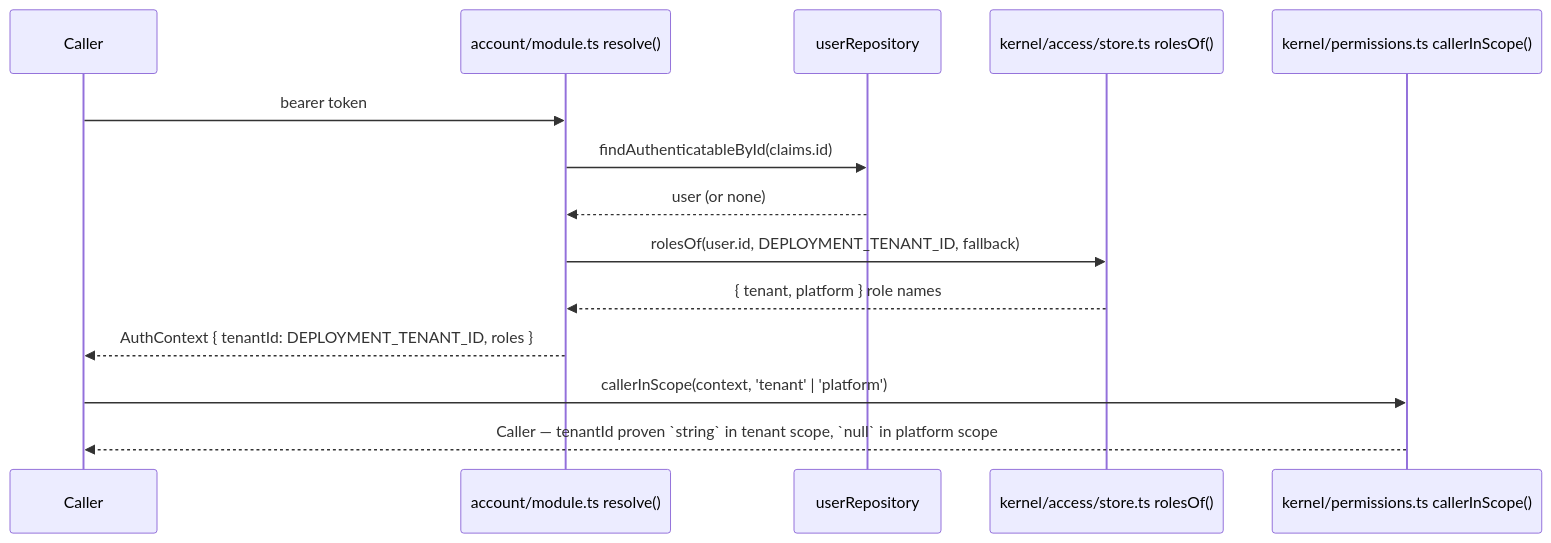
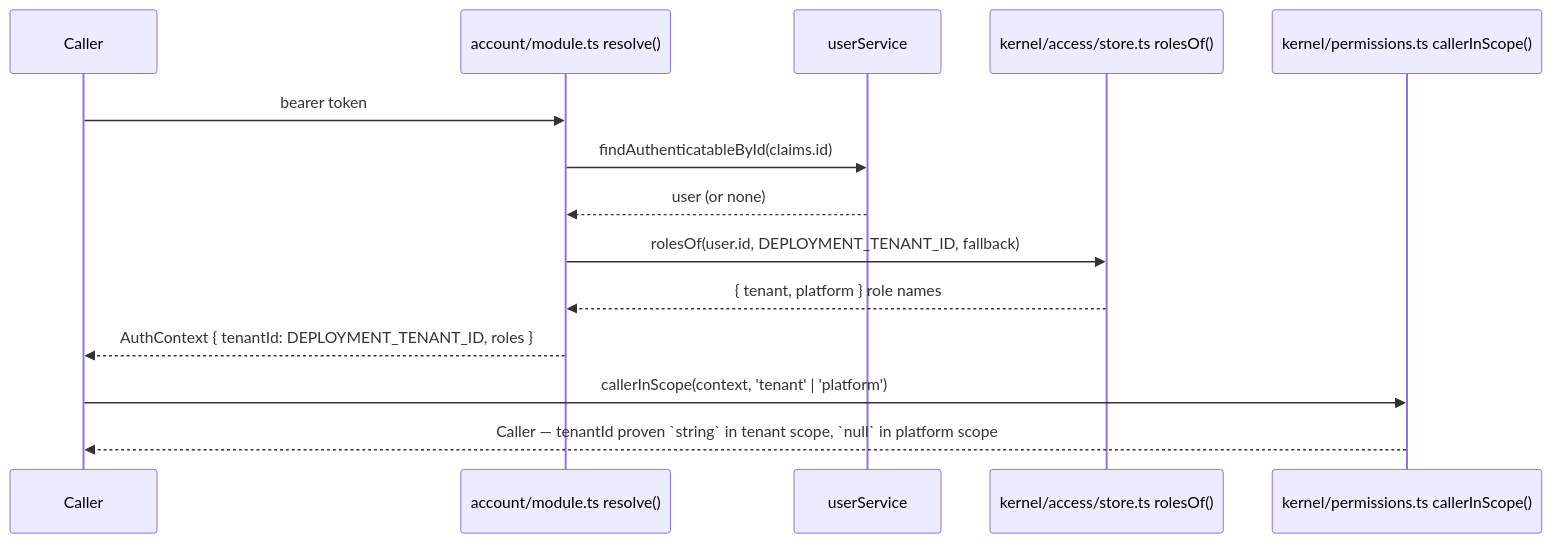
One commit to Guebbit/boilerplate-node-backend changed the third of 3 diagrams in docs/theory/tenancy.md. Above: the diagram before and after it, drawn with Mermaid. The commit also changed 16 other files, not shown here.

````diff
--- a/docs/theory/tenancy.md
+++ b/docs/theory/tenancy.md
@@ -109,17 +109,17 @@
 ```mermaid
 sequenceDiagram
     participant C as Caller
     participant R as account/module.ts resolve()
-    participant U as userRepository
+    participant U as userService
     participant S as kernel/access/store.ts rolesOf()
     participant P as kernel/permissions.ts callerInScope()
 
     C->>R: bearer token
     R->>U: findAuthenticatableById(claims.id)
     U-->>R: user (or none)
     R->>S: rolesOf(user.id, DEPLOYMENT_TENANT_ID, fallback)
     S-->>R: { tenant, platform } role names
     R-->>C: AuthContext { tenantId: DEPLOYMENT_TENANT_ID, roles }
     C->>P: callerInScope(context, 'tenant' | 'platform')
     P-->>C: Caller — tenantId proven `string` in tenant scope, `null` in platform scope
 ```
````
